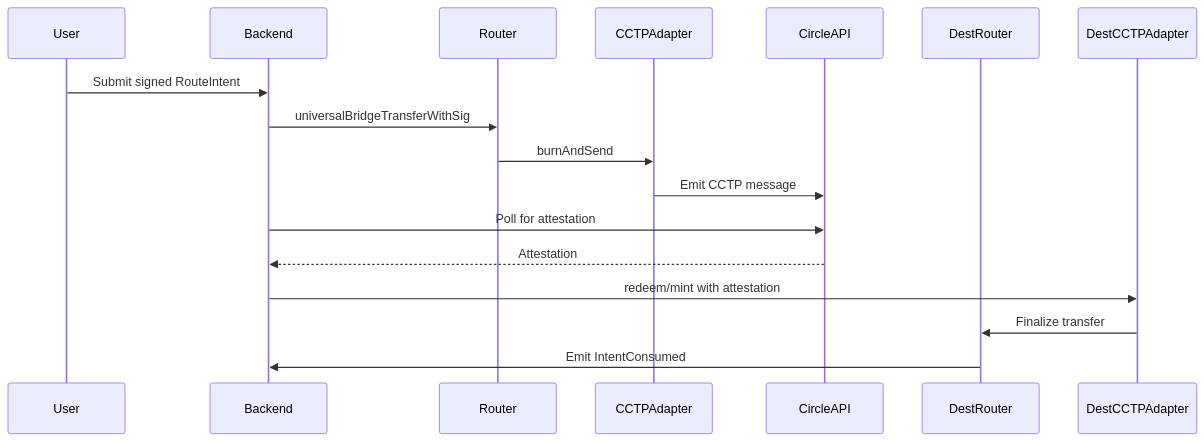
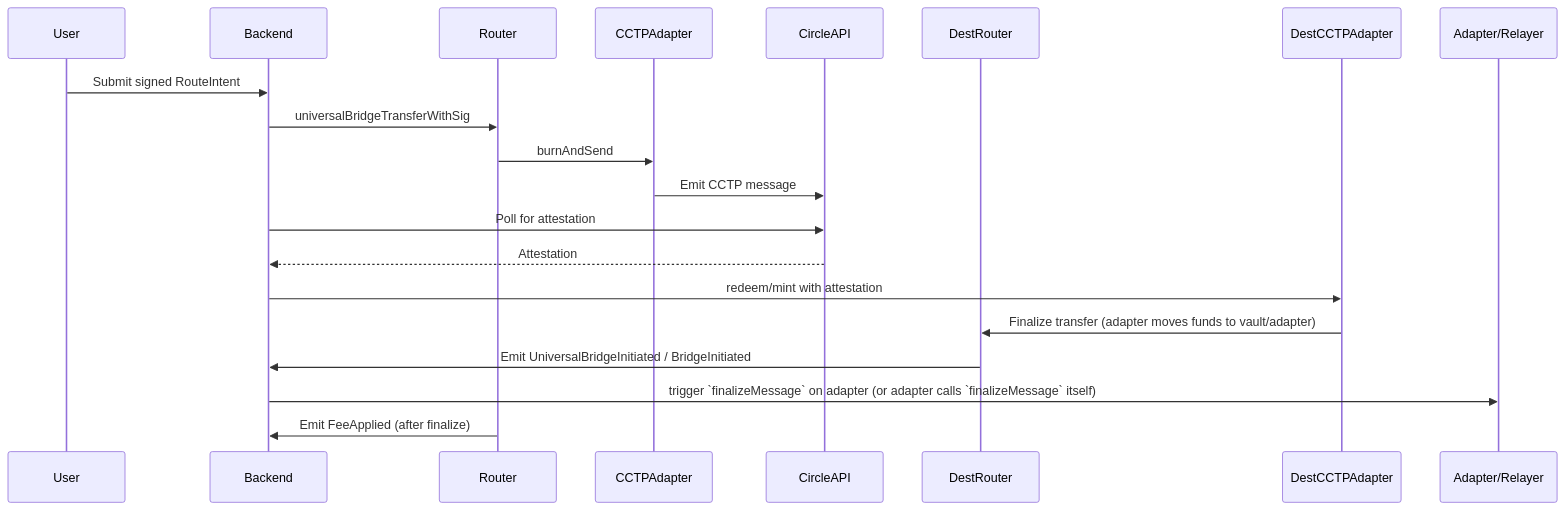
One commit to zoopx-labs/universal-router-evm changed the diagram in BACKEND_BLUEPRINT_EVM.md. Above: the diagram before and after it, drawn with Mermaid. The commit also changed other lines of this file, not shown here.

Commit message:
docs: update BACKEND_BLUEPRINT_EVM.md to reflect Router GRI, finalize and FeeApplied

````diff
--- a/BACKEND_BLUEPRINT_EVM.md
+++ b/BACKEND_BLUEPRINT_EVM.md
@@ -149,20 +184,22 @@
 ```mermaid
 sequenceDiagram
   participant User
   participant Backend
   participant Router
   participant CCTPAdapter
   participant CircleAPI
   participant DestRouter
   participant DestCCTPAdapter
 
   User->>Backend: Submit signed RouteIntent
   Backend->>Router: universalBridgeTransferWithSig
   Router->>CCTPAdapter: burnAndSend
   CCTPAdapter->>CircleAPI: Emit CCTP message
   Backend->>CircleAPI: Poll for attestation
   CircleAPI-->>Backend: Attestation
   Backend->>DestCCTPAdapter: redeem/mint with attestation
-  DestCCTPAdapter->>DestRouter: Finalize transfer
-  DestRouter->>Backend: Emit IntentConsumed
+  DestCCTPAdapter->>DestRouter: Finalize transfer (adapter moves funds to vault/adapter)
+  DestRouter->>Backend: Emit UniversalBridgeInitiated / BridgeInitiated
+  Backend->>Adapter/Relayer: trigger `finalizeMessage` on adapter (or adapter calls `finalizeMessage` itself)
+  Router->>Backend: Emit FeeApplied (after finalize)
 ```
````
